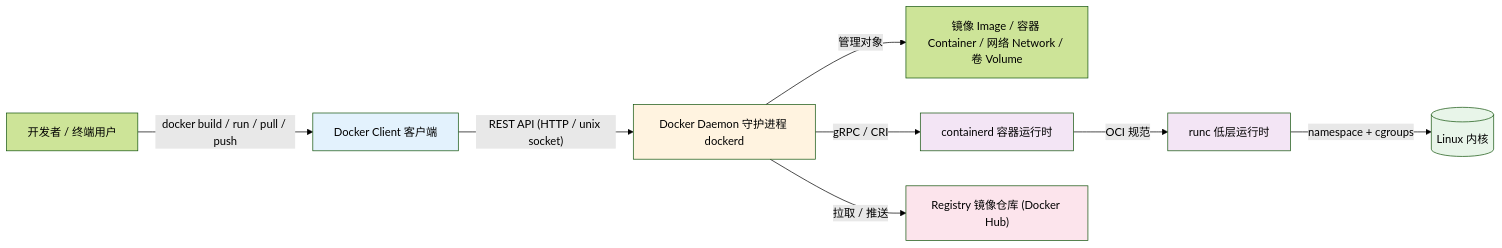
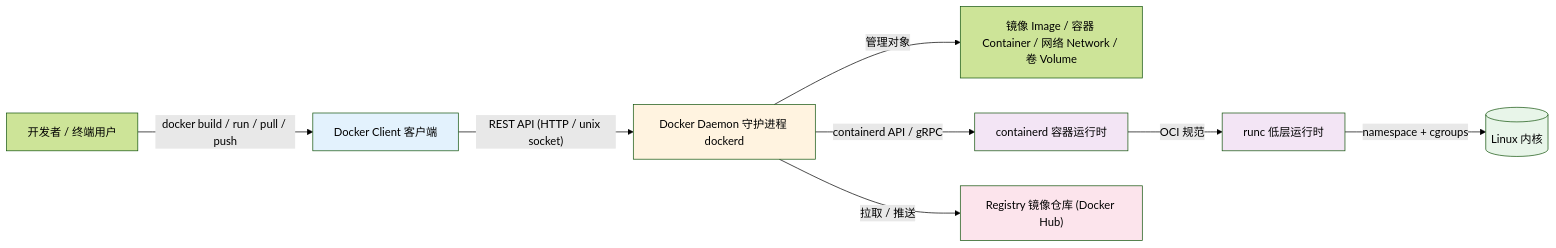
Before and after one commit to SongF0140/blog_knowledge: the first of 8 diagrams in Docker/01-概述与架构原理.md, drawn with Mermaid (forest theme). The commit also changed other lines of this file and 12 other files, not shown here.

````diff
--- a/Docker/01-概述与架构原理.md
+++ b/Docker/01-概述与架构原理.md
@@ -46,20 +46,20 @@
 ```mermaid
 flowchart LR
     U[开发者 / 终端用户] -->|"docker build / run / pull / push"| CLI["Docker Client 客户端"]
     CLI -->|"REST API (HTTP / unix socket)"| D["Docker Daemon 守护进程 dockerd"]
 
     D -->|"管理对象"| OBJ["镜像 Image / 容器 Container / 网络 Network / 卷 Volume"]
 
-    D -->|"gRPC / CRI"| C["containerd 容器运行时"]
+    D -->|"containerd API / gRPC"| C["containerd 容器运行时"]
     C -->|"OCI 规范"| R["runc 低层运行时"]
     R -->|"namespace + cgroups"| K[("Linux 内核")]
 
     D -->|"拉取 / 推送"| REG["Registry 镜像仓库 (Docker Hub)"]
 
     style CLI fill:#e3f2fd
     style D fill:#fff3e0
     style C fill:#f3e5f5
     style R fill:#f3e5f5
     style K fill:#e8f5e9
     style REG fill:#fce4ec
 ```
````
